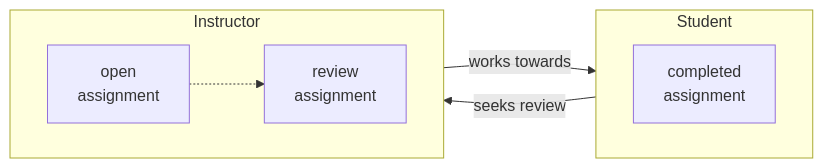
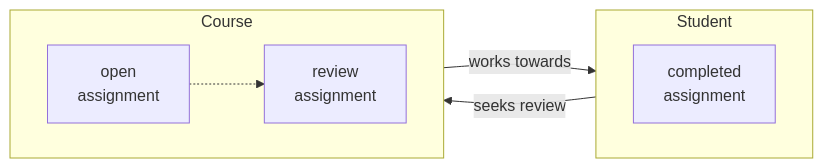
Before and after one commit to d33bs/set-website: the first of 5 diagrams in _posts/2023-02-13-Git-Practices.md, drawn with Mermaid. The commit also changed other lines of this file, not shown here.

Commit message:
chunked diagrams and branch content

````diff
--- a/_posts/2023-02-13-Git-Practices.md
+++ b/_posts/2023-02-13-Git-Practices.md
@@ -19,15 +19,15 @@
 ```mermaid
 flowchart LR
   subgraph Student
     direction LR
     work["completed\nassignment"]
   end
-  subgraph Instructor
+  subgraph Course
     direction LR
     open["open\nassignment"]
     turn_in["review\nassignment"]
   end
   open --> |works towards| work
   work --> |seeks review| turn_in
   open -.-> turn_in
 ```
````
